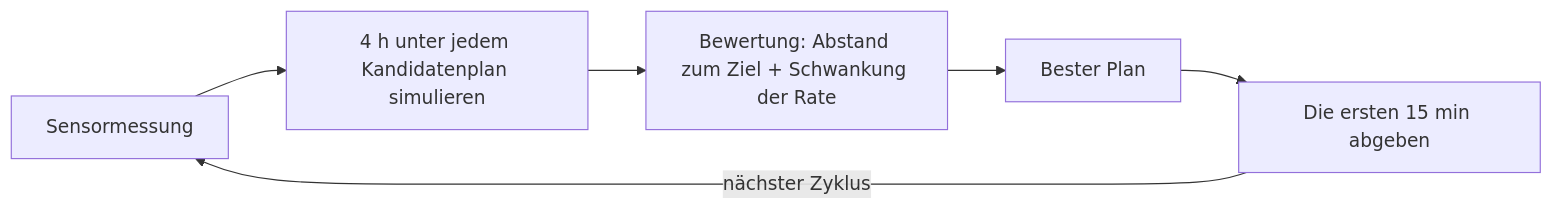
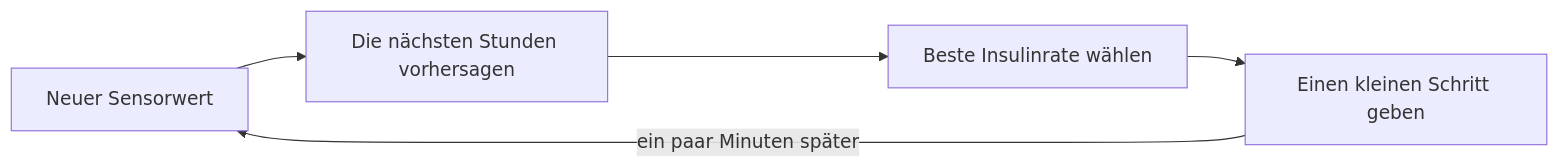
One commit to jodli/tir-tuner changed the diagram in docs/patient/de/brain.md. Above: the diagram before and after it, drawn with Mermaid. The commit also changed other lines of this file and 18 other files, not shown here.

````diff
--- a/docs/patient/de/brain.md
+++ b/docs/patient/de/brain.md
@@ -32,8 +30,7 @@
 ```mermaid
 flowchart LR
-    S[Sensormessung] --> P[4 h unter jedem Kandidatenplan simulieren]
-    P --> C[Bewertung: Abstand zum Ziel + Schwankung der Rate]
-    C --> D[Bester Plan]
-    D --> A[Die ersten 15 min abgeben]
-    A -->|nächster Zyklus| S
+    S[Neuer Sensorwert] --> P[Die nächsten Stunden vorhersagen]
+    P --> D[Beste Insulinrate wählen]
+    D --> G[Einen kleinen Schritt geben]
+    G -->|ein paar Minuten später| S
 ```
````
